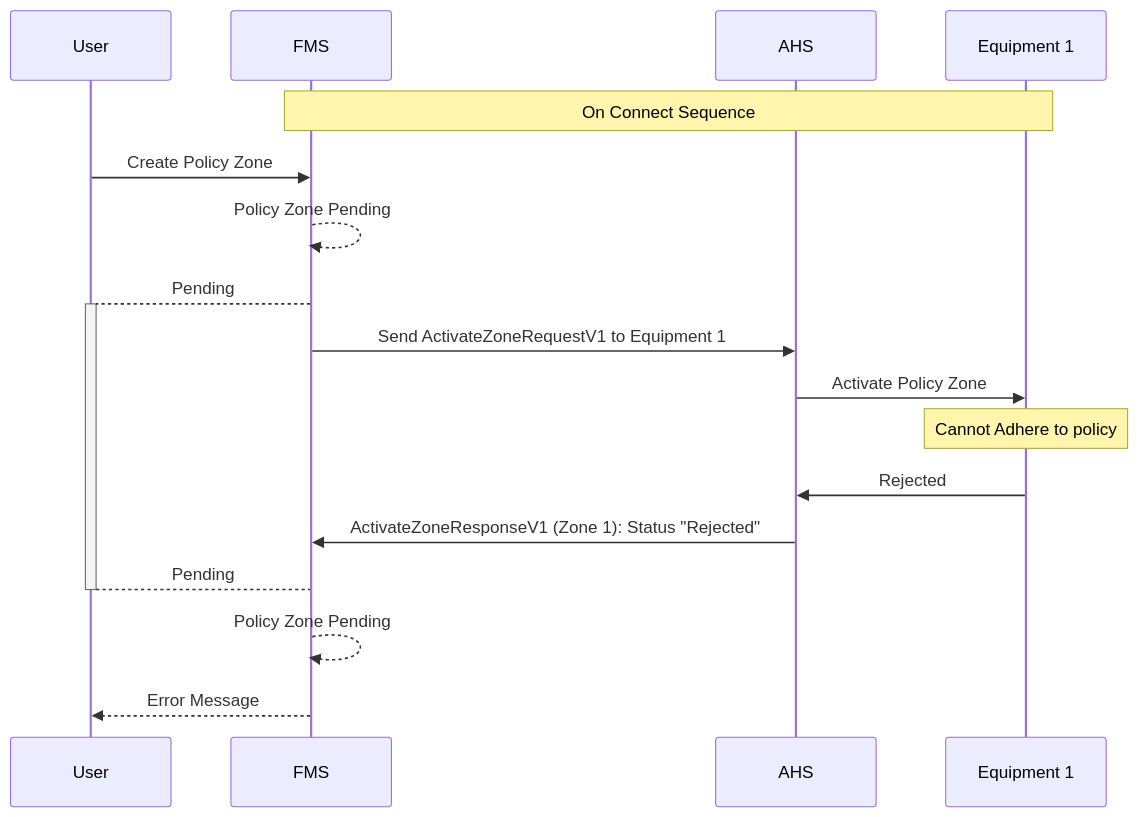
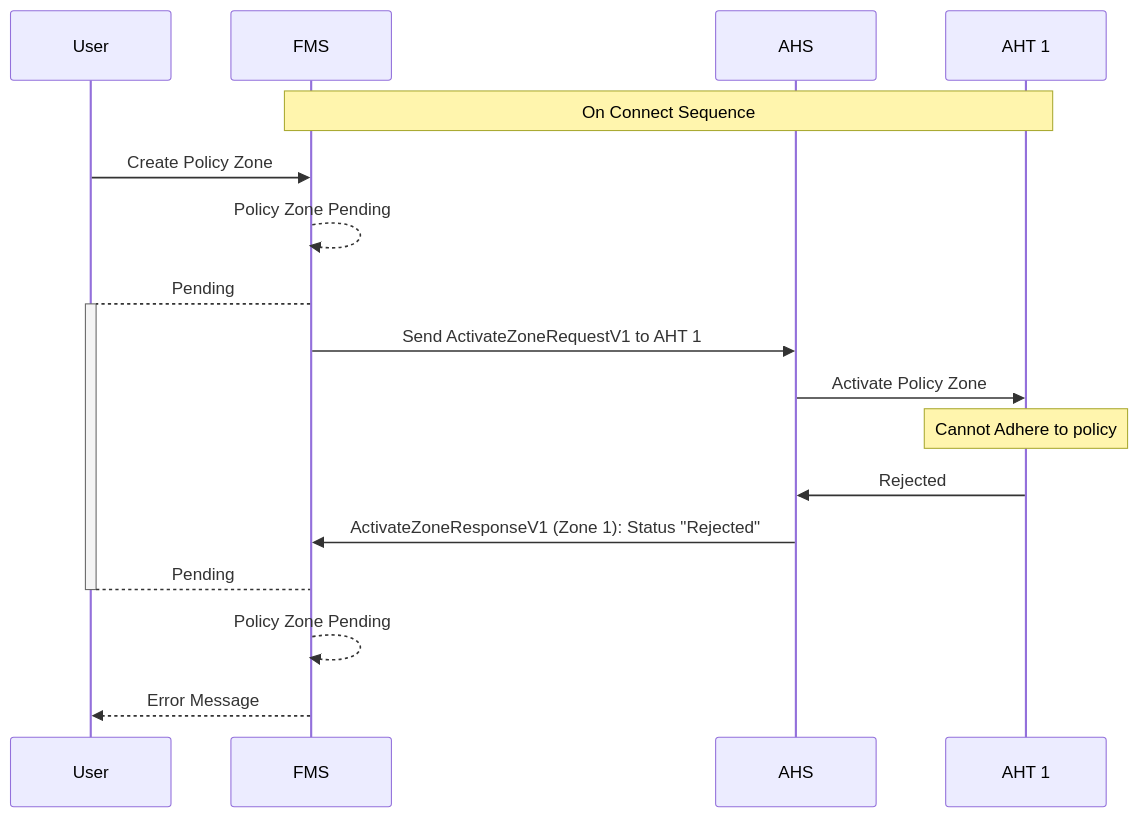
Before and after one commit to open-autonomy/zone: the third of 4 diagrams in diagram/PolicyZoneActivation.md, drawn with Mermaid. The commit also changed other lines of this file and 15 other files, not shown here.

Commit message:
updated language equipment to AHT

````diff
--- a/diagram/PolicyZoneActivation.md
+++ b/diagram/PolicyZoneActivation.md
@@ -82,20 +82,20 @@
 ```mermaid
 sequenceDiagram
     participant User
     participant FMS
     participant AHS
-    participant Equipment 1
+    participant AHT 1
 
-    Note over FMS,Equipment 1: On Connect Sequence
+    Note over FMS,AHT 1: On Connect Sequence
     User->>FMS: Create Policy Zone
     FMS-->>FMS: Policy Zone Pending
     FMS-->+User: Pending
-    FMS->>AHS: Send ActivateZoneRequestV1 to Equipment 1
-    AHS->>Equipment 1: Activate Policy Zone
-    Note Over Equipment 1: Cannot Adhere to policy
-    Equipment 1->>AHS: Rejected
+    FMS->>AHS: Send ActivateZoneRequestV1 to AHT 1
+    AHS->>AHT 1: Activate Policy Zone
+    Note Over AHT 1: Cannot Adhere to policy
+    AHT 1->>AHS: Rejected
     AHS->>FMS: ActivateZoneResponseV1 (Zone 1): Status "Rejected"
     User-->-FMS: Pending
     FMS-->>FMS: Policy Zone Pending
     FMS-->>User: Error Message
 ```
````
